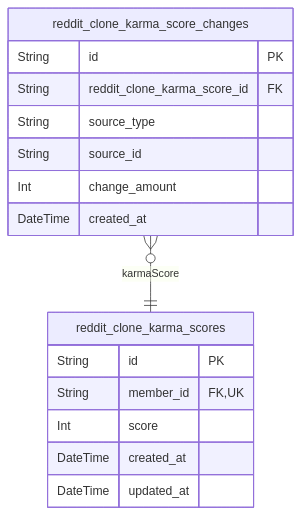
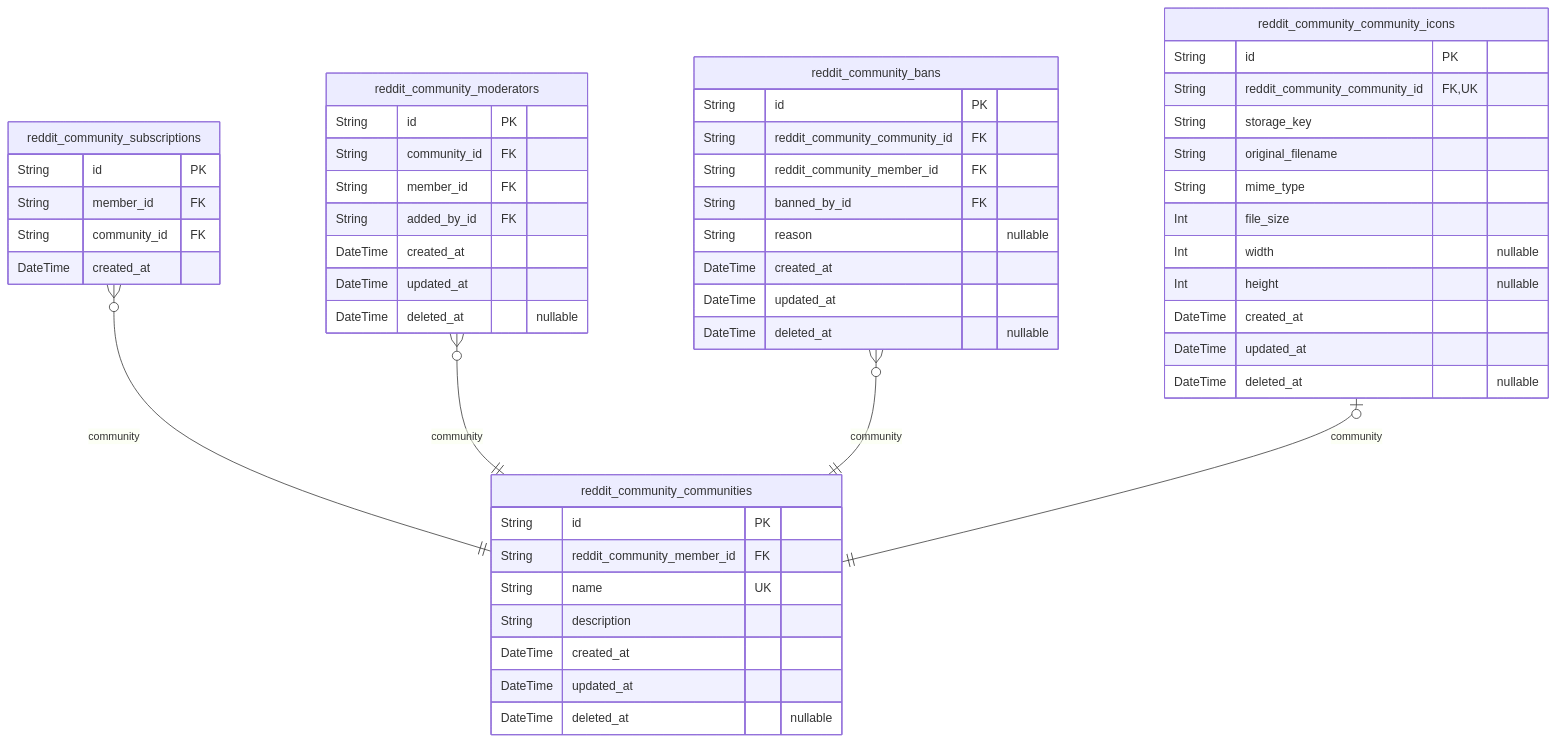
The second of 6 diagrams in qwen/qwen3.5-397b-a17b/reddit/docs/ERD.md (wrtnlabs/autobe-examples), drawn with Mermaid before and after one commit. The commit also changed other lines of this file and 9017 other files, not shown here.

````diff
--- a/qwen/qwen3.5-397b-a17b/reddit/docs/ERD.md
+++ b/qwen/qwen3.5-397b-a17b/reddit/docs/ERD.md
@@ -232,19 +203,54 @@
 ```mermaid
 erDiagram
-"reddit_clone_karma_scores" {
+"reddit_community_communities" {
   String id PK
-  String member_id FK,UK
-  Int score
+  String reddit_community_member_id FK
+  String name UK
+  String description
   DateTime created_at
   DateTime updated_at
+  DateTime deleted_at "nullable"
 }
-"reddit_clone_karma_score_changes" {
+"reddit_community_subscriptions" {
   String id PK
-  String reddit_clone_karma_score_id FK
-  String source_type
-  String source_id
-  Int change_amount
+  String member_id FK
+  String community_id FK
   DateTime created_at
 }
-"reddit_clone_karma_score_changes" }o--|| "reddit_clone_karma_scores" : karmaScore
+"reddit_community_moderators" {
+  String id PK
+  String community_id FK
+  String member_id FK
+  String added_by_id FK
+  DateTime created_at
+  DateTime updated_at
+  DateTime deleted_at "nullable"
+}
+"reddit_community_bans" {
+  String id PK
+  String reddit_community_community_id FK
+  String reddit_community_member_id FK
+  String banned_by_id FK
+  String reason "nullable"
+  DateTime created_at
+  DateTime updated_at
+  DateTime deleted_at "nullable"
+}
+"reddit_community_community_icons" {
+  String id PK
+  String reddit_community_community_id FK,UK
+  String storage_key
+  String original_filename
+  String mime_type
+  Int file_size
+  Int width "nullable"
+  Int height "nullable"
+  DateTime created_at
+  DateTime updated_at
+  DateTime deleted_at "nullable"
+}
+"reddit_community_subscriptions" }o--|| "reddit_community_communities" : community
+"reddit_community_moderators" }o--|| "reddit_community_communities" : community
+"reddit_community_bans" }o--|| "reddit_community_communities" : community
+"reddit_community_community_icons" |o--|| "reddit_community_communities" : community
 ```
````
